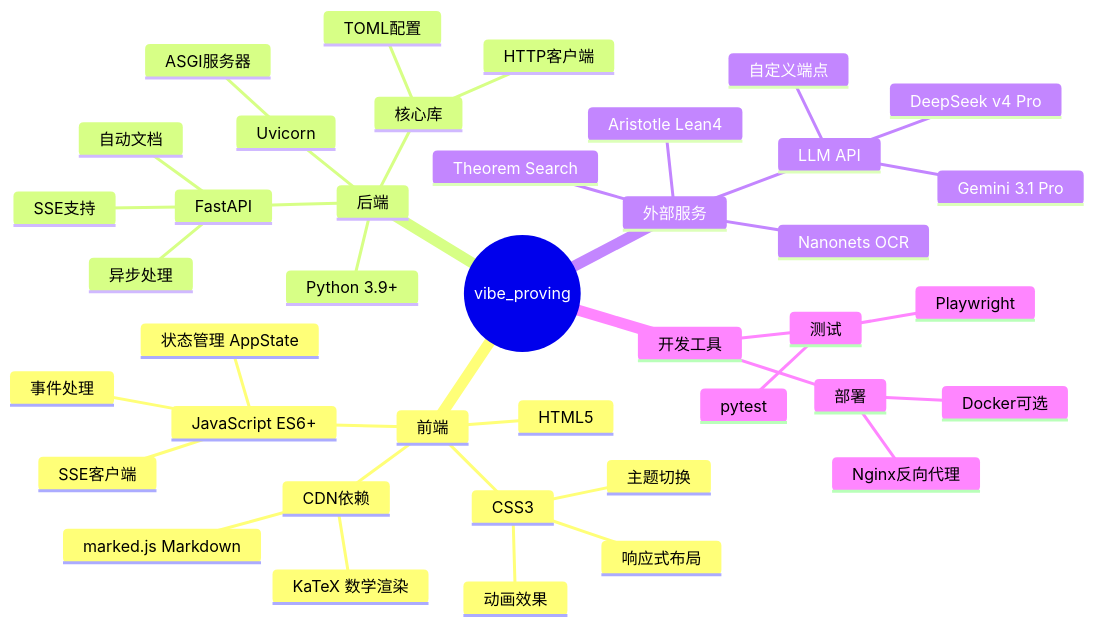
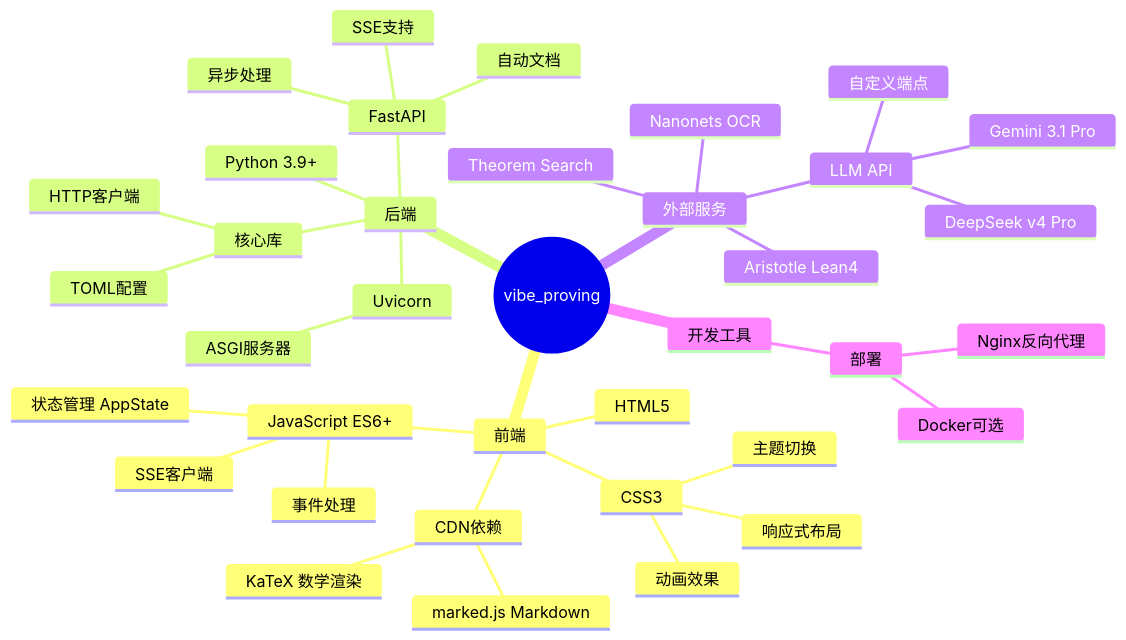
Before and after one commit to xkwxdyy/vibe-proving-math: the eighth of 8 diagrams in 项目架构图_Mermaid.md, drawn with Mermaid. The commit also changed 93 other files, not shown here.

````diff
--- a/项目架构图_Mermaid.md
+++ b/项目架构图_Mermaid.md
@@ -355,43 +355,40 @@
 ```mermaid
 mindmap
     root((vibe_proving))
         前端
             HTML5
             CSS3
                 响应式布局
                 主题切换
                 动画效果
             JavaScript ES6+
                 状态管理 AppState
                 SSE客户端
                 事件处理
             CDN依赖
                 KaTeX 数学渲染
                 marked.js Markdown
         后端
             Python 3.9+
             FastAPI
                 异步处理
                 SSE支持
                 自动文档
             Uvicorn
                 ASGI服务器
             核心库
                 TOML配置
                 HTTP客户端
         外部服务
             LLM API
                 DeepSeek v4 Pro
                 Gemini 3.1 Pro
                 自定义端点
             Theorem Search
             Nanonets OCR
             Aristotle Lean4
         开发工具
-            测试
-                Playwright
-                pytest
             部署
                 Docker可选
                 Nginx反向代理
 ```
````
